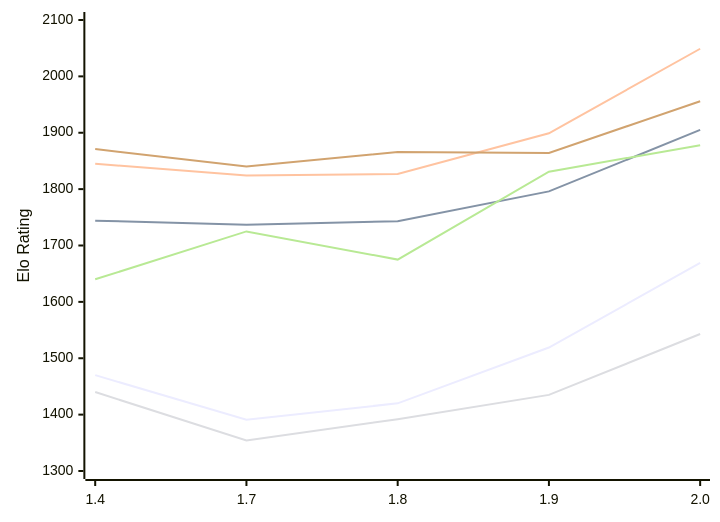
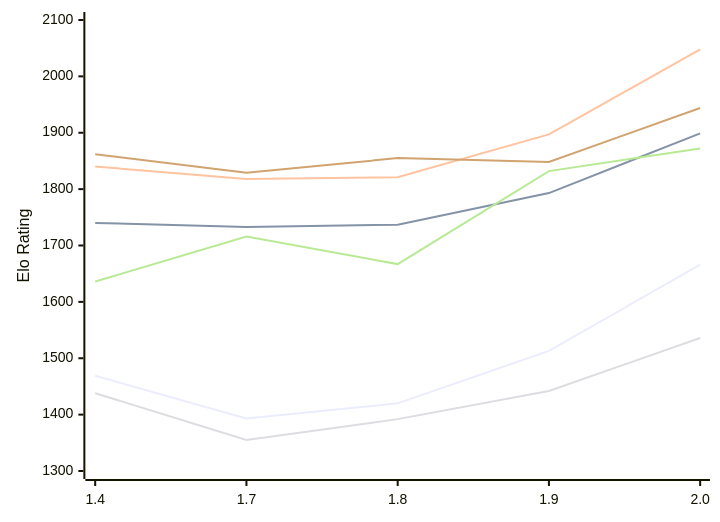
Before and after one commit to computer-chess-index/cci: the diagram in engines/Russell.md, drawn with Mermaid. The commit also changed other lines of this file, not shown here.

Commit message:
Update CCI Ratings (ELO VLTC) - 2026-11-14

````diff
--- a/engines/Russell.md
+++ b/engines/Russell.md
@@ -55,12 +55,12 @@
 ```mermaid
 %%{init: {"theme":"base","themeVariables":{"seriesColors:['#a3a3a3','#222221','#faa371']}}}%%
 xychart-beta
   x-axis ["1.4", "1.7", "1.8", "1.9", "2.0"]
   y-axis "Elo Rating" 1300 --> 2100
-  line "E1: STC (8.0+0.08s)" [1470, 1391, 1420, 1519, 1669]
-  line "E1: LTC (60.0+0.60s)" [1744, 1737, 1743, 1796, 1905]
-  line "E1: VLTC (2m24s+1.12s)" [1845, 1824, 1827, 1899, 2049]
-  line "P1: STC (8.0+0.08s)" [1440, 1354, 1392, 1435, 1543]
-  line "P1: LTC (60.0+0.60s)" [1640, 1725, 1675, 1831, 1878]
-  line "P1: VLTC (2m24s+1.12s)" [1871, 1840, 1866, 1864, 1956]
+  line "E1: STC (8.0+0.08s)" [1469, 1393, 1420, 1513, 1666]
+  line "E1: LTC (60.0+0.60s)" [1740, 1733, 1737, 1793, 1899]
+  line "E1: VLTC (2m24s+1.12s)" [1840, 1818, 1821, 1897, 2048]
+  line "P1: STC (8.0+0.08s)" [1438, 1355, 1392, 1442, 1536]
+  line "P1: LTC (60.0+0.60s)" [1636, 1716, 1667, 1832, 1872]
+  line "P1: VLTC (2m24s+1.12s)" [1862, 1829, 1855, 1848, 1944]
 ```
````
